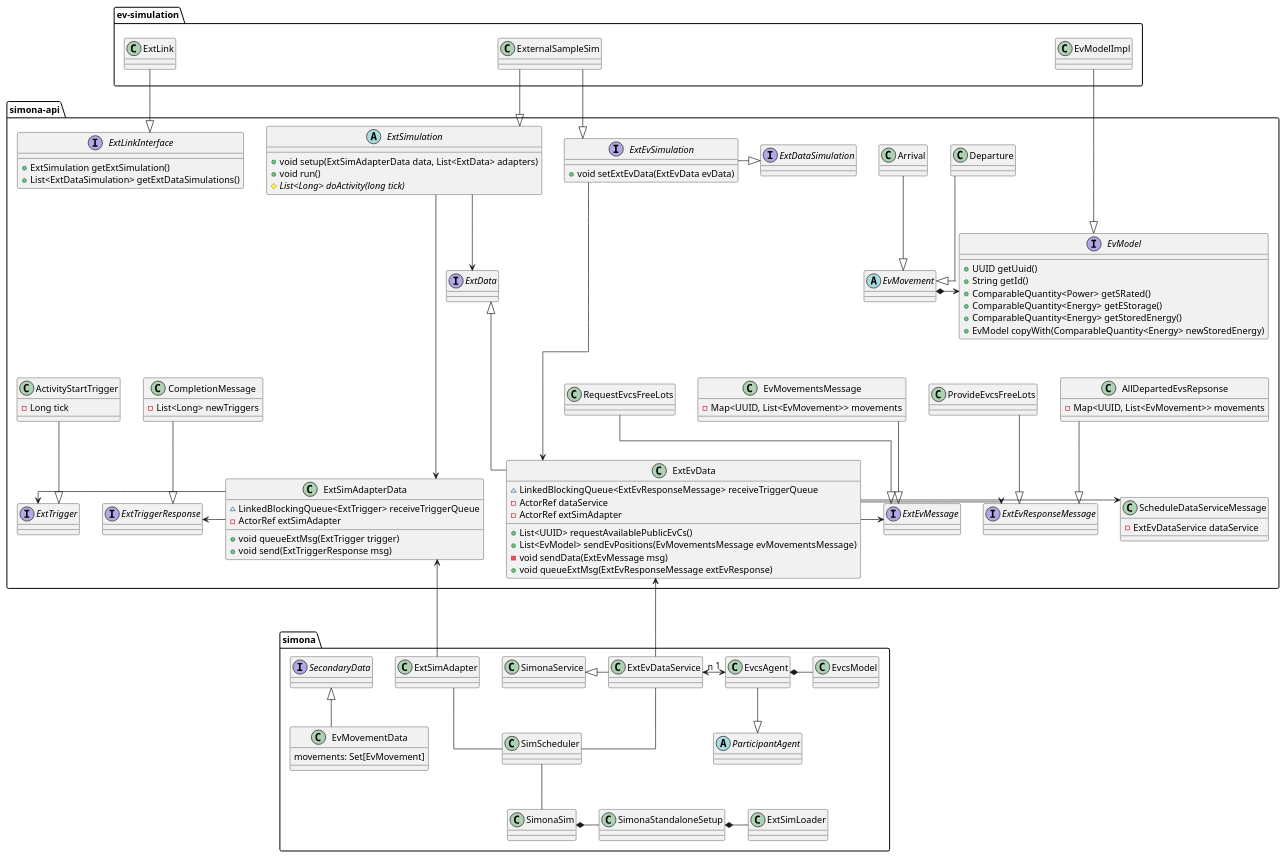
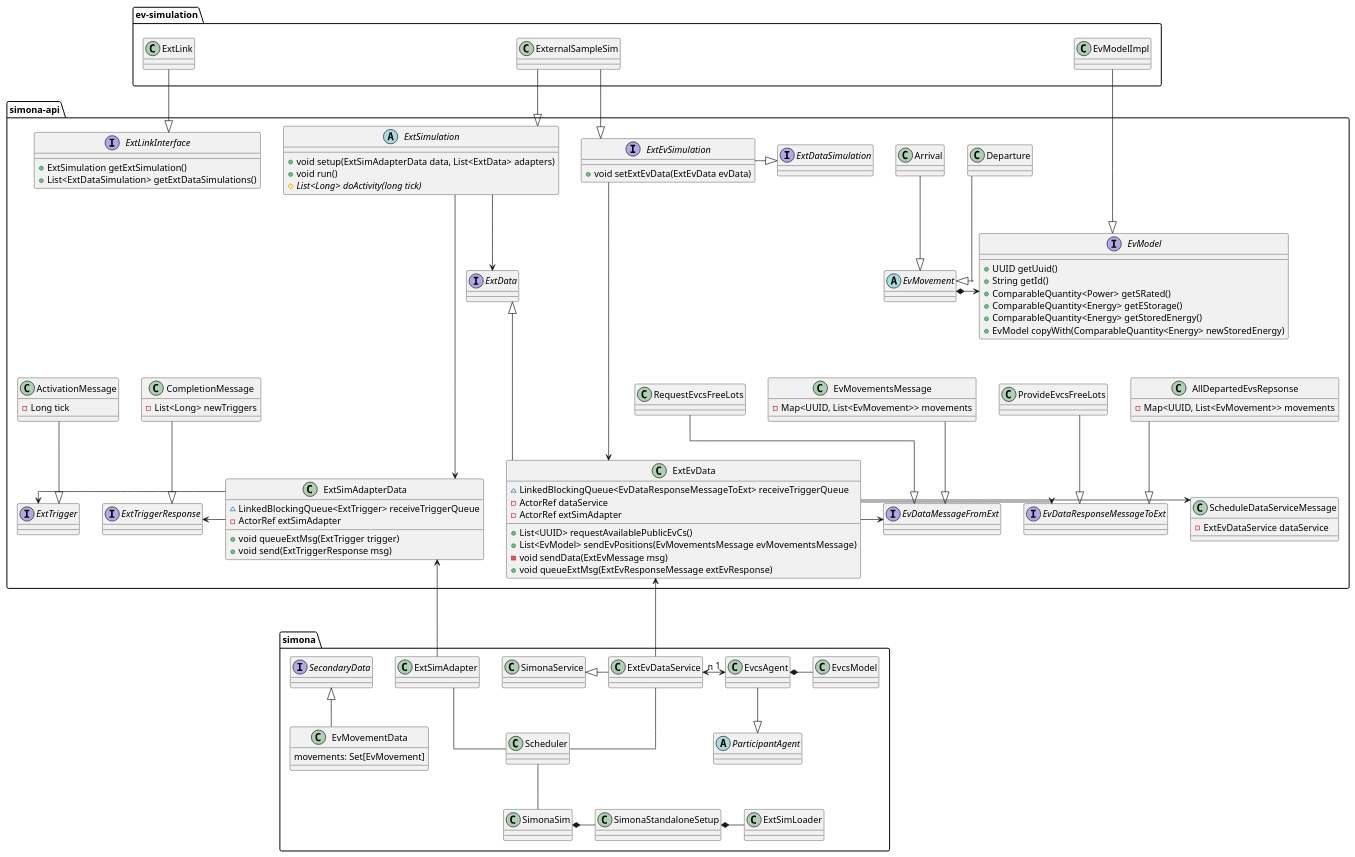
One commit to ie3-institute/simona changed the diagram in docs/uml/main/ExtEvSimulationClasses.puml. Above: the diagram before and after it, drawn with PlantUML. The commit also changed 1 other file, not shown here.

Commit message:
Updating UML documentation related to mobility simulation (class diagram needs some more work)

```diff
--- a/docs/uml/main/ExtEvSimulationClasses.puml
+++ b/docs/uml/main/ExtEvSimulationClasses.puml
@@ -27,7 +27,7 @@
 package simona-api {
     ' MIDDLE PART
     class ExtEvData {
-        ~ LinkedBlockingQueue<ExtEvResponseMessage> receiveTriggerQueue
+        ~ LinkedBlockingQueue<EvDataResponseMessageToExt> receiveTriggerQueue
         - ActorRef dataService
         - ActorRef extSimAdapter
         + List<UUID> requestAvailablePublicEvCs()
@@ -119,33 +119,33 @@
     EvModelImpl --|> EvModel
 
 
-    interface ExtEvMessage
+    interface EvDataMessageFromExt
     class EvMovementsMessage {
         - Map<UUID, List<EvMovement>> movements
     }
     class RequestEvcsFreeLots
-    RequestEvcsFreeLots --|> ExtEvMessage
-    EvMovementsMessage --|> ExtEvMessage
+    RequestEvcsFreeLots --|> EvDataMessageFromExt
+    EvMovementsMessage --|> EvDataMessageFromExt
     RequestEvcsFreeLots -[hidden]> EvMovementsMessage
 
-    interface ExtEvResponseMessage
+    interface EvDataResponseMessageToExt
     class AllDepartedEvsRepsonse {
         - Map<UUID, List<EvMovement>> movements
     }
     class ProvideEvcsFreeLots
-    ProvideEvcsFreeLots --|> ExtEvResponseMessage
-    AllDepartedEvsRepsonse --|> ExtEvResponseMessage
-    ExtEvData -> ExtEvMessage
-    ExtEvData -> ExtEvResponseMessage
+    ProvideEvcsFreeLots --|> EvDataResponseMessageToExt
+    AllDepartedEvsRepsonse --|> EvDataResponseMessageToExt
+    ExtEvData -> EvDataMessageFromExt
+    ExtEvData -> EvDataResponseMessageToExt
     EvMovement -[hidden]-> RequestEvcsFreeLots
-    ExtEvMessage -[hidden]> ExtEvResponseMessage
+    EvDataMessageFromExt -[hidden]> EvDataResponseMessageToExt
     EvMovementsMessage -[hidden]> ProvideEvcsFreeLots
     ProvideEvcsFreeLots -[hidden]> AllDepartedEvsRepsonse
 
     class ScheduleDataServiceMessage {
         - ExtEvDataService dataService
     }
-    ExtEvResponseMessage -[hidden]> ScheduleDataServiceMessage
+    EvDataResponseMessageToExt -[hidden]> ScheduleDataServiceMessage
     ExtEvData -> ScheduleDataServiceMessage
 
 
@@ -158,10 +158,10 @@
     ExtLink --|> ExtLinkInterface
 
     interface ExtTrigger
-    class ActivityStartTrigger {
+    class ActivationMessage {
         - Long tick
     }
-    ActivityStartTrigger --|> ExtTrigger
+    ActivationMessage --|> ExtTrigger
 
     interface ExtTriggerResponse
     class CompletionMessage {
@@ -188,7 +188,7 @@
 
     class SimonaSim
 
-    class SimScheduler
+    class Scheduler
 
     class SimonaStandaloneSetup
 
@@ -198,12 +198,12 @@
 
     class ExtEvDataService
 
-    SimScheduler -- SimonaSim
+    Scheduler -- SimonaSim
     SimonaSim *- SimonaStandaloneSetup
     SimonaStandaloneSetup *- ExtSimLoader
 
-    ExtSimAdapter -- SimScheduler
-    ExtEvDataService -- SimScheduler
+    ExtSimAdapter -- Scheduler
+    ExtEvDataService -- Scheduler
 
     SecondaryData <|-- EvMovementData
 
```
